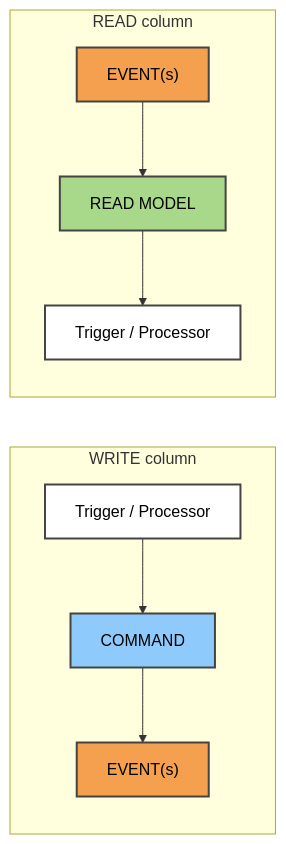
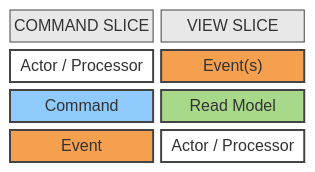
The fourth of 9 diagrams in docs/diagrams/README.md (IvanTheGeek/FnEmail-Model), drawn with Mermaid before and after one commit. The commit also changed other lines of this file, not shown here.

````diff
--- a/docs/diagrams/README.md
+++ b/docs/diagrams/README.md
@@ -68,29 +100,17 @@
 ```mermaid
-flowchart LR
-  subgraph W["WRITE column"]
-    direction TB
-    ws["Trigger / Processor"]
-    wc["COMMAND"]
-    we["EVENT(s)"]
-    ws --> wc
-    wc --> we
-  end
+block-beta
+  columns 2
+  h1["COMMAND SLICE"] h2["VIEW SLICE"]
+  a1["Actor / Processor"] a2["Event(s)"]
+  b1["Command"] b2["Read Model"]
+  c1["Event"] c2["Actor / Processor"]
 
-  subgraph R["READ column"]
-    direction TB
-    re["EVENT(s)"]
-    rr["READ MODEL"]
-    rs["Trigger / Processor"]
-    re --> rr
-    rr --> rs
-  end
-
-  classDef screen fill:#ffffff,stroke:#444,stroke-width:2px,color:#000
-  classDef command fill:#8ecafc,stroke:#444,stroke-width:2px,color:#000
-  classDef event fill:#f5a04f,stroke:#444,stroke-width:2px,color:#000
-  classDef readmodel fill:#a8d98a,stroke:#444,stroke-width:2px,color:#000
-  class ws,rs screen
-  class wc command
-  class we,re event
-  class rr readmodel
+  style h1 fill:#e8e8e8,stroke:#444,stroke-width:1px,color:#000
+  style h2 fill:#e8e8e8,stroke:#444,stroke-width:1px,color:#000
+  style a1 fill:#ffffff,stroke:#444,stroke-width:2px,color:#000
+  style b1 fill:#8ecafc,stroke:#444,stroke-width:2px,color:#000
+  style c1 fill:#f5a04f,stroke:#444,stroke-width:2px,color:#000
+  style a2 fill:#f5a04f,stroke:#444,stroke-width:2px,color:#000
+  style b2 fill:#a8d98a,stroke:#444,stroke-width:2px,color:#000
+  style c2 fill:#ffffff,stroke:#444,stroke-width:2px,color:#000
 ```
````
